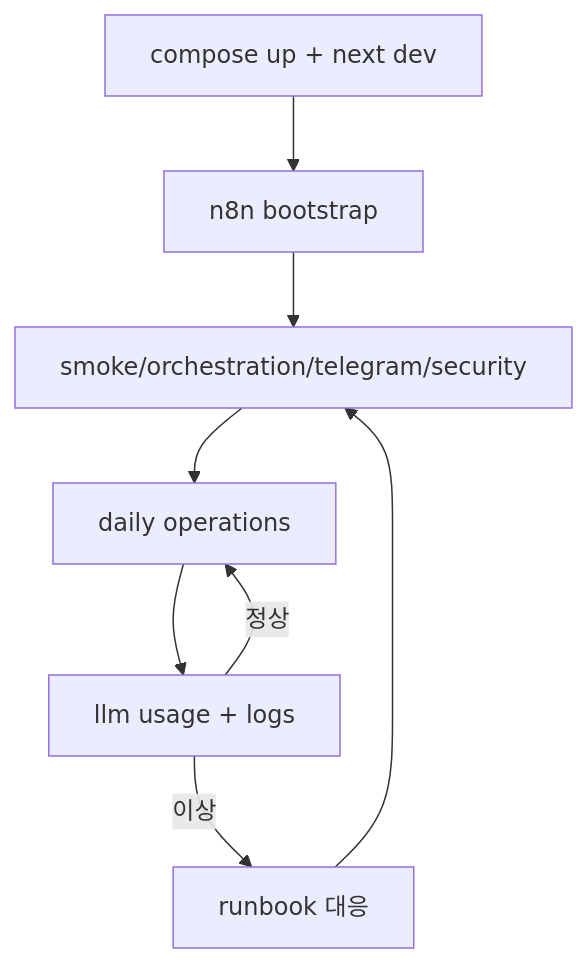
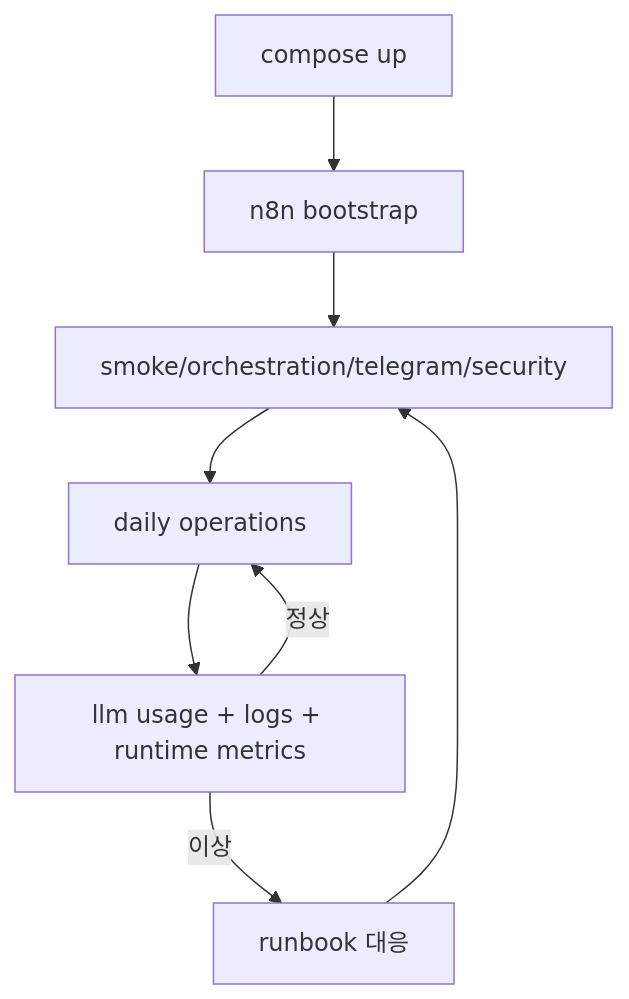
The diagram in docs/OPERATIONS_PLAYBOOK.md (Merchantlee99/Personal-AI-agent-v2), drawn with Mermaid before and after one commit. The commit also changed other lines of this file and 136 other files, not shown here.

````diff
--- a/docs/OPERATIONS_PLAYBOOK.md
+++ b/docs/OPERATIONS_PLAYBOOK.md
@@ -151,10 +190,10 @@
 ```mermaid
 flowchart TD
-  BOOT["compose up + next dev"] --> N8N["n8n bootstrap"]
+  BOOT["compose up"] --> N8N["n8n bootstrap"]
   N8N --> VERIFY["smoke/orchestration/telegram/security"]
   VERIFY --> RUN["daily operations"]
-  RUN --> CHECK["llm usage + logs"]
+  RUN --> CHECK["llm usage + logs + runtime metrics"]
   CHECK -->|"이상"| INCIDENT["runbook 대응"]
   INCIDENT --> VERIFY
   CHECK -->|"정상"| RUN
 ```
````
